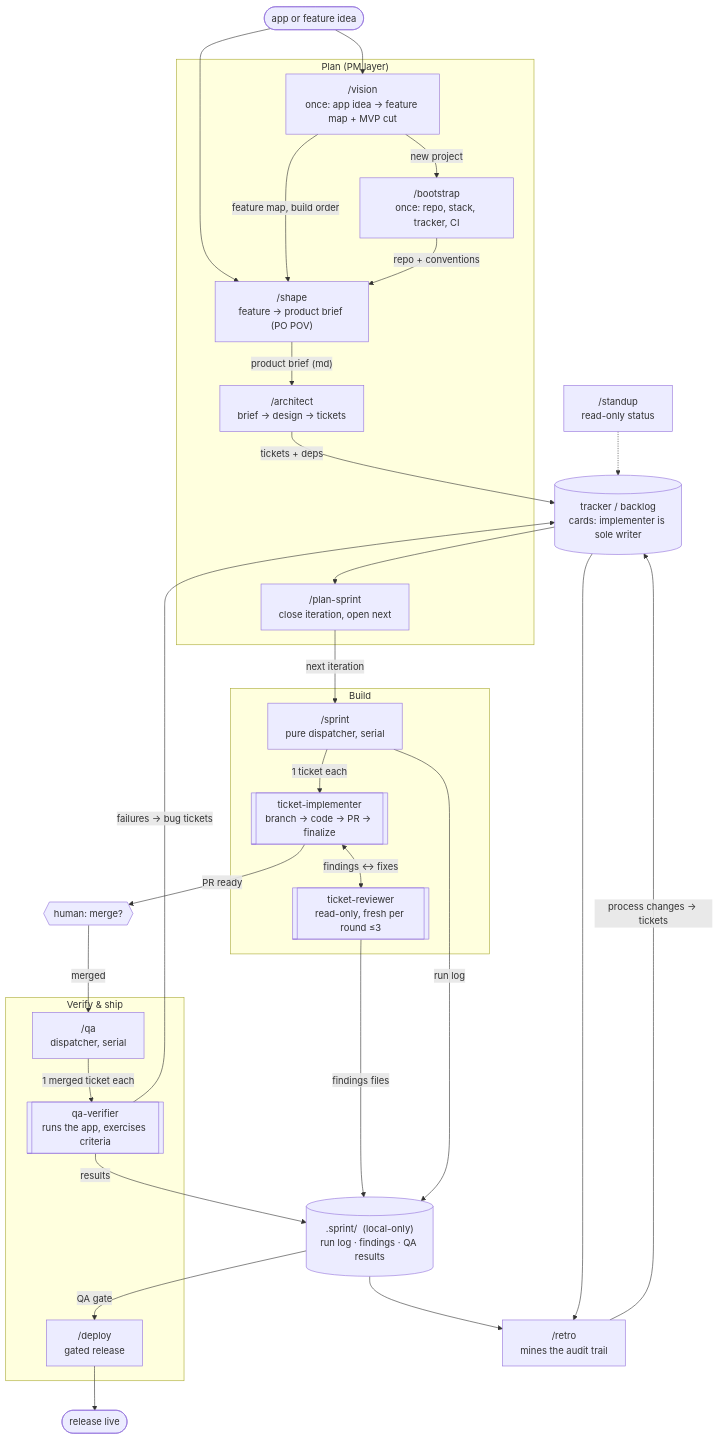
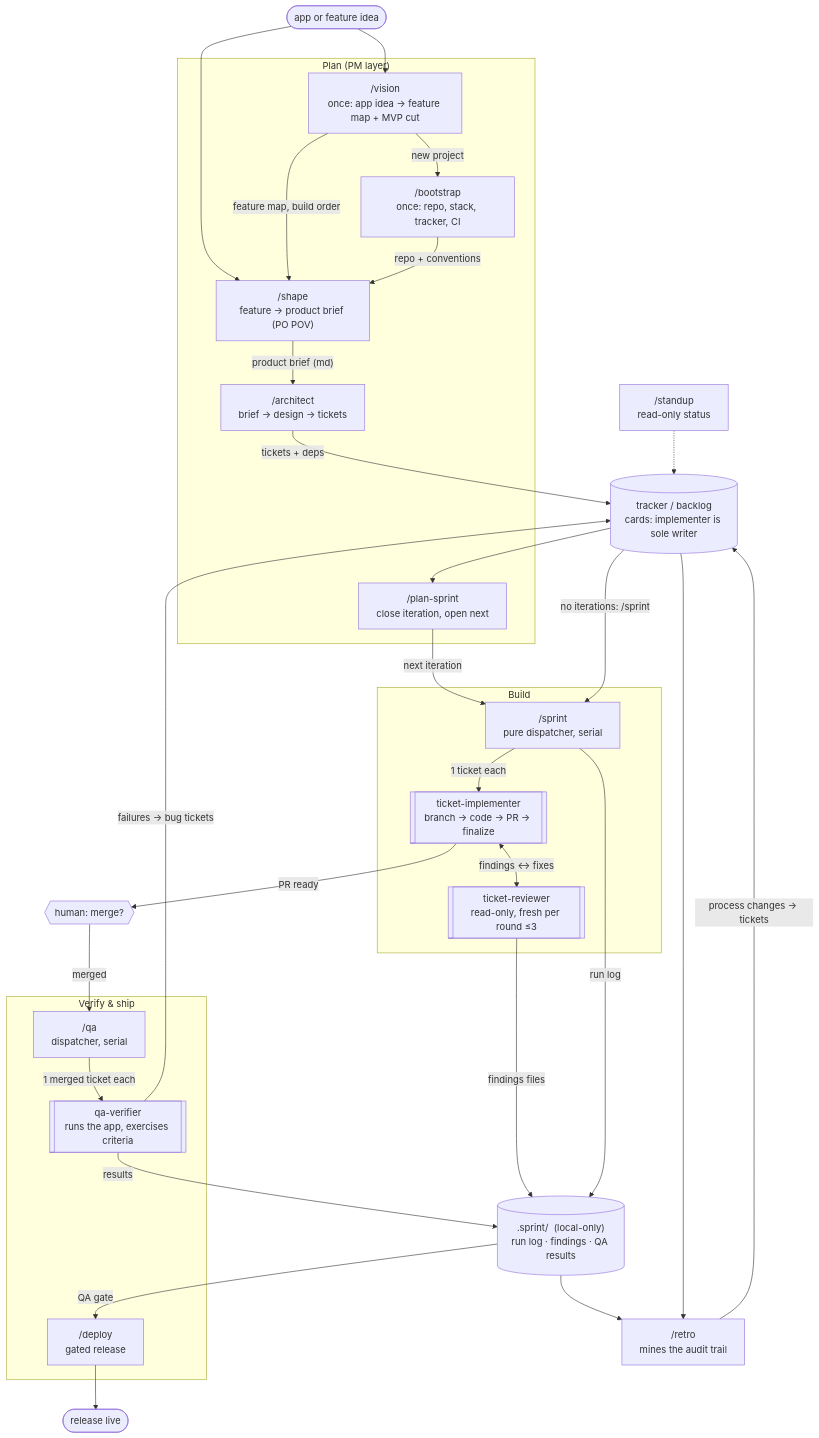
One commit to kyimoemin/skills changed the diagram in README.md. Above: the diagram before and after it, drawn with Mermaid. The commit also changed other lines of this file and 2 other files, not shown here.

````diff
--- a/README.md
+++ b/README.md
@@ -14,53 +14,54 @@
 ```mermaid
 flowchart TB
     subgraph pm ["Plan (PM layer)"]
         vision["/vision\nonce: app idea → feature map + MVP cut"]
         shape["/shape\nfeature → product brief (PO POV)"]
         bootstrap["/bootstrap\nonce: repo, stack, tracker, CI"]
         architect["/architect\nbrief → design → tickets"]
         plansprint["/plan-sprint\nclose iteration, open next"]
     end
 
     subgraph build ["Build"]
         sprint["/sprint\npure dispatcher, serial"]
         impl[["ticket-implementer\nbranch → code → PR → finalize"]]
         reviewer[["ticket-reviewer\nread-only, fresh per round ≤3"]]
     end
 
     subgraph ship ["Verify & ship"]
         qa["/qa\ndispatcher, serial"]
         qav[["qa-verifier\nruns the app, exercises criteria"]]
         deploy["/deploy\ngated release"]
     end
 
     retro["/retro\nmines the audit trail"]
     standup["/standup\nread-only status"]
 
     tracker[("tracker / backlog\ncards: implementer is sole writer")]
     dotsprint[(".sprint/  (local-only)\nrun log · findings · QA results")]
 
     idea([app or feature idea]) --> vision
     idea --> shape
     vision -- "feature map, build order" --> shape
     vision -- "new project" --> bootstrap
     bootstrap -- "repo + conventions" --> shape
     shape -- "product brief (md)" --> architect
     architect -- "tickets + deps" --> tracker
     tracker --> plansprint
     plansprint -- "next iteration" --> sprint
+    tracker -- "no iterations: /sprint <ids>" --> sprint
     sprint -- "1 ticket each" --> impl
     impl <-- "findings ↔ fixes" --> reviewer
     reviewer -- "findings files" --> dotsprint
     sprint -- "run log" --> dotsprint
     impl -- "PR ready" --> merge{{"human: merge?"}}
     merge -- "merged" --> qa
     qa -- "1 merged ticket each" --> qav
     qav -- "results" --> dotsprint
     qav -- "failures → bug tickets" --> tracker
     dotsprint -- "QA gate" --> deploy
     deploy --> live([release live])
     dotsprint --> retro
     tracker --> retro
     retro -- "process changes → tickets" --> tracker
     standup -.-> tracker
 ```
````
